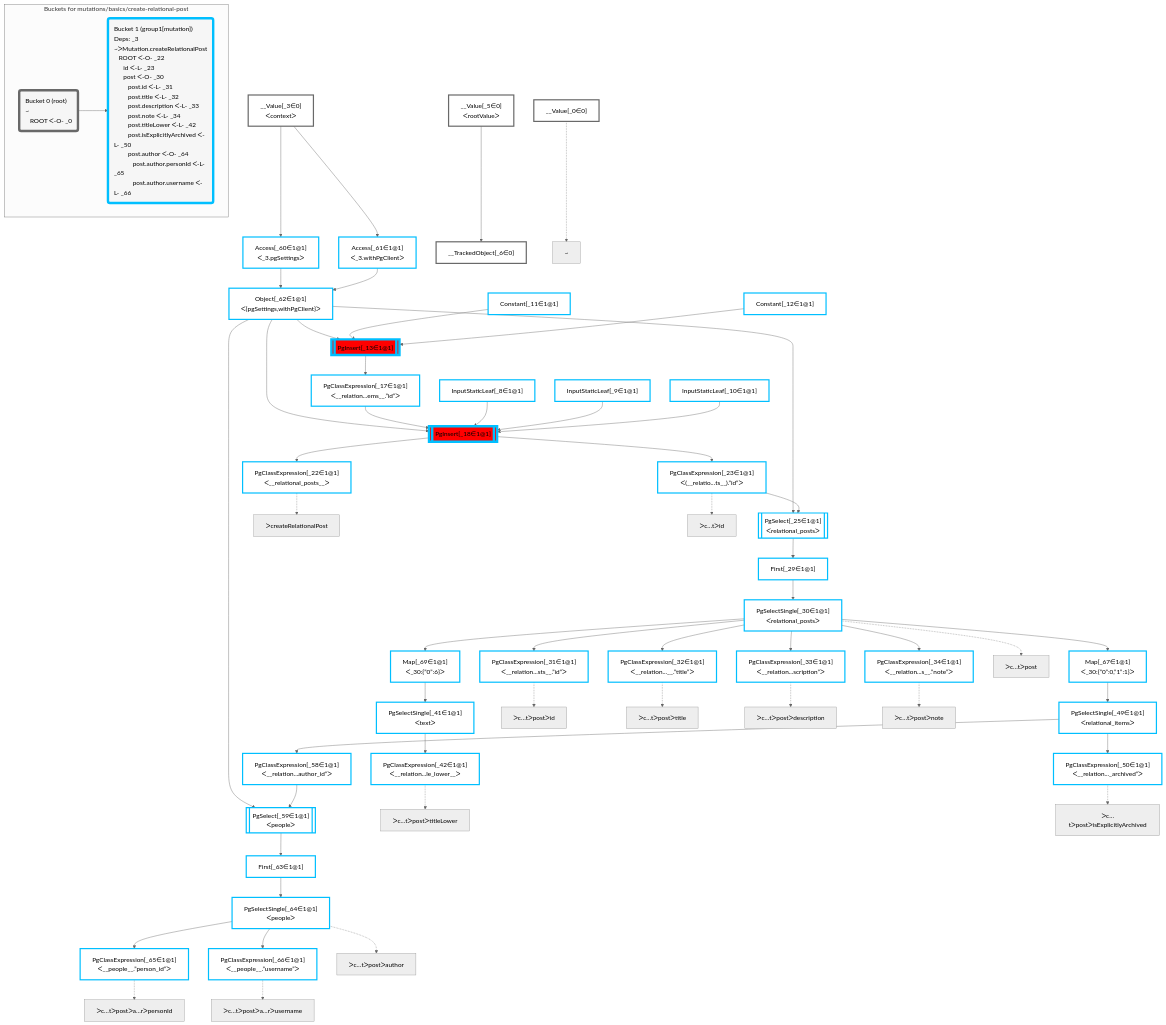
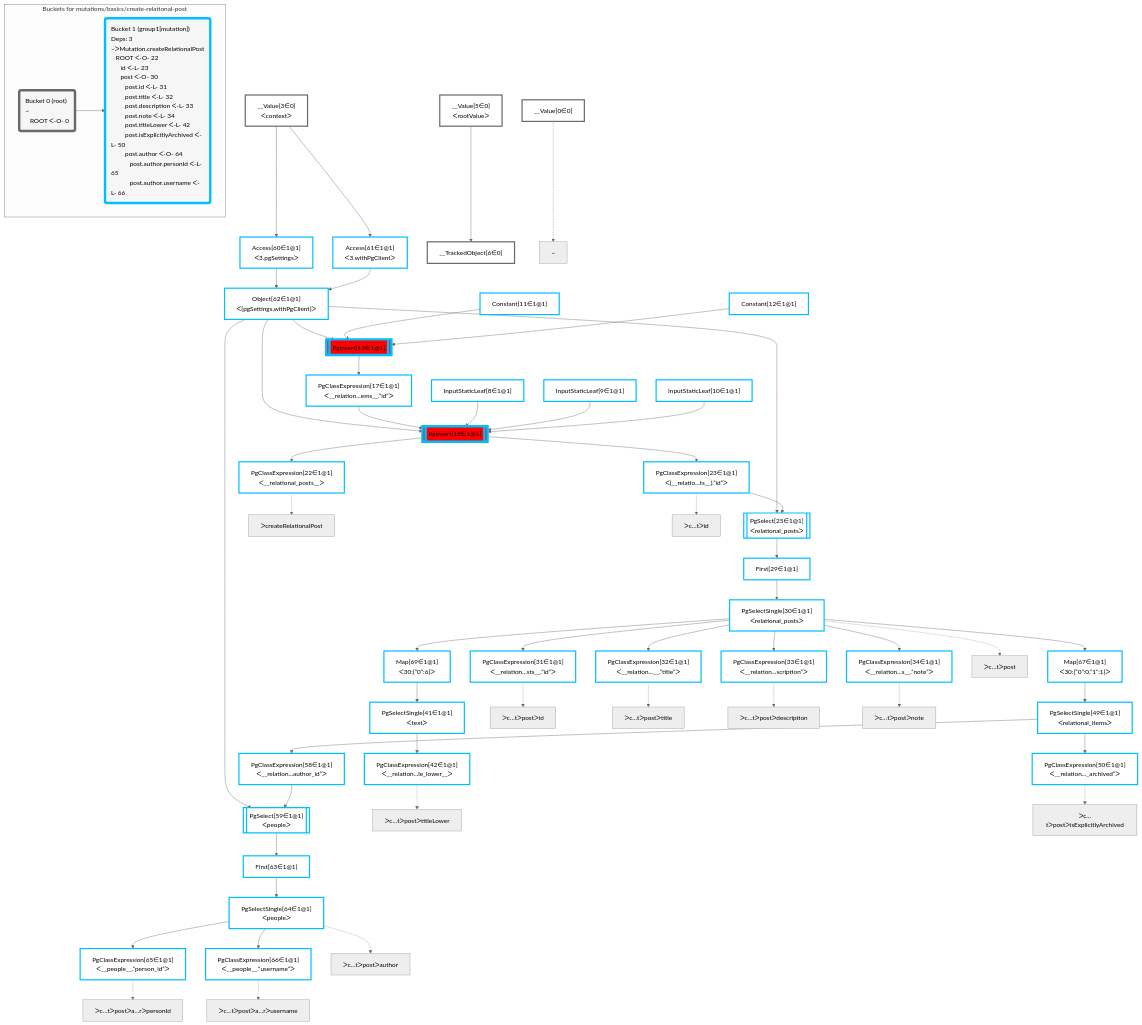
The diagram in packages/dataplan-pg/__tests__/mutations/basics/create-relational-post.deopt.mermaid.md (graphile/crystal), drawn with Mermaid (neutral theme) before and after one commit. The commit also changed 195 other files, not shown here.

````diff
--- a/packages/dataplan-pg/__tests__/mutations/basics/create-relational-post.deopt.mermaid.md
+++ b/packages/dataplan-pg/__tests__/mutations/basics/create-relational-post.deopt.mermaid.md
@@ -8,108 +8,108 @@
 
 
     %% define plans
-    __Value_0["__Value[_0∈0]"]:::plan
-    PgClassExpression_22["PgClassExpression[_22∈1@1]<br />ᐸ__relational_posts__ᐳ"]:::plan
-    PgClassExpression_31["PgClassExpression[_31∈1@1]<br />ᐸ__relation...sts__.”id”ᐳ"]:::plan
-    PgClassExpression_32["PgClassExpression[_32∈1@1]<br />ᐸ__relation...__.”title”ᐳ"]:::plan
-    PgClassExpression_33["PgClassExpression[_33∈1@1]<br />ᐸ__relation...scription”ᐳ"]:::plan
-    PgClassExpression_34["PgClassExpression[_34∈1@1]<br />ᐸ__relation...s__.”note”ᐳ"]:::plan
-    PgClassExpression_42["PgClassExpression[_42∈1@1]<br />ᐸ__relation...le_lower__ᐳ"]:::plan
-    PgSelectSingle_41["PgSelectSingle[_41∈1@1]<br />ᐸtextᐳ"]:::plan
-    Map_69["Map[_69∈1@1]<br />ᐸ_30:{”0”:6}ᐳ"]:::plan
-    PgClassExpression_50["PgClassExpression[_50∈1@1]<br />ᐸ__relation..._archived”ᐳ"]:::plan
-    PgClassExpression_65["PgClassExpression[_65∈1@1]<br />ᐸ__people__.”person_id”ᐳ"]:::plan
-    PgClassExpression_66["PgClassExpression[_66∈1@1]<br />ᐸ__people__.”username”ᐳ"]:::plan
-    PgSelectSingle_64["PgSelectSingle[_64∈1@1]<br />ᐸpeopleᐳ"]:::plan
-    First_63["First[_63∈1@1]"]:::plan
-    PgSelect_59[["PgSelect[_59∈1@1]<br />ᐸpeopleᐳ"]]:::plan
-    PgClassExpression_58["PgClassExpression[_58∈1@1]<br />ᐸ__relation...author_id”ᐳ"]:::plan
-    PgSelectSingle_49["PgSelectSingle[_49∈1@1]<br />ᐸrelational_itemsᐳ"]:::plan
-    Map_67["Map[_67∈1@1]<br />ᐸ_30:{”0”:0,”1”:1}ᐳ"]:::plan
-    PgSelectSingle_30["PgSelectSingle[_30∈1@1]<br />ᐸrelational_postsᐳ"]:::plan
-    First_29["First[_29∈1@1]"]:::plan
-    PgSelect_25[["PgSelect[_25∈1@1]<br />ᐸrelational_postsᐳ"]]:::plan
-    PgClassExpression_23["PgClassExpression[_23∈1@1]<br />ᐸ(__relatio...ts__).”id”ᐳ"]:::plan
-    PgInsert_18[["PgInsert[_18∈1@1]"]]:::sideeffectplan
-    PgClassExpression_17["PgClassExpression[_17∈1@1]<br />ᐸ__relation...ems__.”id”ᐳ"]:::plan
-    PgInsert_13[["PgInsert[_13∈1@1]"]]:::sideeffectplan
-    Object_62["Object[_62∈1@1]<br />ᐸ{pgSettings,withPgClient}ᐳ"]:::plan
-    Access_60["Access[_60∈1@1]<br />ᐸ_3.pgSettingsᐳ"]:::plan
-    Access_61["Access[_61∈1@1]<br />ᐸ_3.withPgClientᐳ"]:::plan
-    __Value_3["__Value[_3∈0]<br />ᐸcontextᐳ"]:::plan
-    __TrackedObject_6["__TrackedObject[_6∈0]"]:::plan
-    __Value_5["__Value[_5∈0]<br />ᐸrootValueᐳ"]:::plan
-    InputStaticLeaf_8["InputStaticLeaf[_8∈1@1]"]:::plan
-    InputStaticLeaf_9["InputStaticLeaf[_9∈1@1]"]:::plan
-    InputStaticLeaf_10["InputStaticLeaf[_10∈1@1]"]:::plan
-    Constant_11["Constant[_11∈1@1]"]:::plan
-    Constant_12["Constant[_12∈1@1]"]:::plan
+    __Value0["__Value[0∈0]"]:::plan
+    PgClassExpression22["PgClassExpression[22∈1@1]<br />ᐸ__relational_posts__ᐳ"]:::plan
+    PgClassExpression31["PgClassExpression[31∈1@1]<br />ᐸ__relation...sts__.”id”ᐳ"]:::plan
+    PgClassExpression32["PgClassExpression[32∈1@1]<br />ᐸ__relation...__.”title”ᐳ"]:::plan
+    PgClassExpression33["PgClassExpression[33∈1@1]<br />ᐸ__relation...scription”ᐳ"]:::plan
+    PgClassExpression34["PgClassExpression[34∈1@1]<br />ᐸ__relation...s__.”note”ᐳ"]:::plan
+    PgClassExpression42["PgClassExpression[42∈1@1]<br />ᐸ__relation...le_lower__ᐳ"]:::plan
+    PgSelectSingle41["PgSelectSingle[41∈1@1]<br />ᐸtextᐳ"]:::plan
+    Map69["Map[69∈1@1]<br />ᐸ30:{”0”:6}ᐳ"]:::plan
+    PgClassExpression50["PgClassExpression[50∈1@1]<br />ᐸ__relation..._archived”ᐳ"]:::plan
+    PgClassExpression65["PgClassExpression[65∈1@1]<br />ᐸ__people__.”person_id”ᐳ"]:::plan
+    PgClassExpression66["PgClassExpression[66∈1@1]<br />ᐸ__people__.”username”ᐳ"]:::plan
+    PgSelectSingle64["PgSelectSingle[64∈1@1]<br />ᐸpeopleᐳ"]:::plan
+    First63["First[63∈1@1]"]:::plan
+    PgSelect59[["PgSelect[59∈1@1]<br />ᐸpeopleᐳ"]]:::plan
+    PgClassExpression58["PgClassExpression[58∈1@1]<br />ᐸ__relation...author_id”ᐳ"]:::plan
+    PgSelectSingle49["PgSelectSingle[49∈1@1]<br />ᐸrelational_itemsᐳ"]:::plan
+    Map67["Map[67∈1@1]<br />ᐸ30:{”0”:0,”1”:1}ᐳ"]:::plan
+    PgSelectSingle30["PgSelectSingle[30∈1@1]<br />ᐸrelational_postsᐳ"]:::plan
+    First29["First[29∈1@1]"]:::plan
+    PgSelect25[["PgSelect[25∈1@1]<br />ᐸrelational_postsᐳ"]]:::plan
+    PgClassExpression23["PgClassExpression[23∈1@1]<br />ᐸ(__relatio...ts__).”id”ᐳ"]:::plan
+    PgInsert18[["PgInsert[18∈1@1]"]]:::sideeffectplan
+    PgClassExpression17["PgClassExpression[17∈1@1]<br />ᐸ__relation...ems__.”id”ᐳ"]:::plan
+    PgInsert13[["PgInsert[13∈1@1]"]]:::sideeffectplan
+    Object62["Object[62∈1@1]<br />ᐸ{pgSettings,withPgClient}ᐳ"]:::plan
+    Access60["Access[60∈1@1]<br />ᐸ3.pgSettingsᐳ"]:::plan
+    Access61["Access[61∈1@1]<br />ᐸ3.withPgClientᐳ"]:::plan
+    __Value3["__Value[3∈0]<br />ᐸcontextᐳ"]:::plan
+    __TrackedObject6["__TrackedObject[6∈0]"]:::plan
+    __Value5["__Value[5∈0]<br />ᐸrootValueᐳ"]:::plan
+    InputStaticLeaf8["InputStaticLeaf[8∈1@1]"]:::plan
+    InputStaticLeaf9["InputStaticLeaf[9∈1@1]"]:::plan
+    InputStaticLeaf10["InputStaticLeaf[10∈1@1]"]:::plan
+    Constant11["Constant[11∈1@1]"]:::plan
+    Constant12["Constant[12∈1@1]"]:::plan
 
     %% plan dependencies
-    PgInsert_18 --> PgClassExpression_22
-    PgSelectSingle_30 --> PgClassExpression_31
-    PgSelectSingle_30 --> PgClassExpression_32
-    PgSelectSingle_30 --> PgClassExpression_33
-    PgSelectSingle_30 --> PgClassExpression_34
-    PgSelectSingle_41 --> PgClassExpression_42
-    Map_69 --> PgSelectSingle_41
-    PgSelectSingle_30 --> Map_69
-    PgSelectSingle_49 --> PgClassExpression_50
-    PgSelectSingle_64 --> PgClassExpression_65
-    PgSelectSingle_64 --> PgClassExpression_66
-    First_63 --> PgSelectSingle_64
-    PgSelect_59 --> First_63
-    Object_62 & PgClassExpression_58 --> PgSelect_59
-    PgSelectSingle_49 --> PgClassExpression_58
-    Map_67 --> PgSelectSingle_49
-    PgSelectSingle_30 --> Map_67
-    First_29 --> PgSelectSingle_30
-    PgSelect_25 --> First_29
-    Object_62 & PgClassExpression_23 --> PgSelect_25
-    PgInsert_18 --> PgClassExpression_23
-    Object_62 & PgClassExpression_17 & InputStaticLeaf_8 & InputStaticLeaf_9 & InputStaticLeaf_10 --> PgInsert_18
-    PgInsert_13 --> PgClassExpression_17
-    Object_62 & Constant_11 & Constant_12 --> PgInsert_13
-    Access_60 & Access_61 --> Object_62
-    __Value_3 --> Access_60
-    __Value_3 --> Access_61
-    __Value_5 --> __TrackedObject_6
+    PgInsert18 --> PgClassExpression22
+    PgSelectSingle30 --> PgClassExpression31
+    PgSelectSingle30 --> PgClassExpression32
+    PgSelectSingle30 --> PgClassExpression33
+    PgSelectSingle30 --> PgClassExpression34
+    PgSelectSingle41 --> PgClassExpression42
+    Map69 --> PgSelectSingle41
+    PgSelectSingle30 --> Map69
+    PgSelectSingle49 --> PgClassExpression50
+    PgSelectSingle64 --> PgClassExpression65
+    PgSelectSingle64 --> PgClassExpression66
+    First63 --> PgSelectSingle64
+    PgSelect59 --> First63
+    Object62 & PgClassExpression58 --> PgSelect59
+    PgSelectSingle49 --> PgClassExpression58
+    Map67 --> PgSelectSingle49
+    PgSelectSingle30 --> Map67
+    First29 --> PgSelectSingle30
+    PgSelect25 --> First29
+    Object62 & PgClassExpression23 --> PgSelect25
+    PgInsert18 --> PgClassExpression23
+    Object62 & PgClassExpression17 & InputStaticLeaf8 & InputStaticLeaf9 & InputStaticLeaf10 --> PgInsert18
+    PgInsert13 --> PgClassExpression17
+    Object62 & Constant11 & Constant12 --> PgInsert13
+    Access60 & Access61 --> Object62
+    __Value3 --> Access60
+    __Value3 --> Access61
+    __Value5 --> __TrackedObject6
 
     %% plan-to-path relationships
-    P_0["~"]
-    __Value_0 -.-> P_0
-    P_22["ᐳcreateRelationalPost"]
-    PgClassExpression_22 -.-> P_22
-    P_23["ᐳc…tᐳid"]
-    PgClassExpression_23 -.-> P_23
-    P_30["ᐳc…tᐳpost"]
-    PgSelectSingle_30 -.-> P_30
-    P_31["ᐳc…tᐳpostᐳid"]
-    PgClassExpression_31 -.-> P_31
-    P_32["ᐳc…tᐳpostᐳtitle"]
-    PgClassExpression_32 -.-> P_32
-    P_33["ᐳc…tᐳpostᐳdescription"]
-    PgClassExpression_33 -.-> P_33
-    P_34["ᐳc…tᐳpostᐳnote"]
-    PgClassExpression_34 -.-> P_34
-    P_42["ᐳc…tᐳpostᐳtitleLower"]
-    PgClassExpression_42 -.-> P_42
-    P_50["ᐳc…tᐳpostᐳisExplicitlyArchived"]
-    PgClassExpression_50 -.-> P_50
-    P_64["ᐳc…tᐳpostᐳauthor"]
-    PgSelectSingle_64 -.-> P_64
-    P_65["ᐳc…tᐳpostᐳa…rᐳpersonId"]
-    PgClassExpression_65 -.-> P_65
-    P_66["ᐳc…tᐳpostᐳa…rᐳusername"]
-    PgClassExpression_66 -.-> P_66
+    P0["~"]
+    __Value0 -.-> P0
+    P22["ᐳcreateRelationalPost"]
+    PgClassExpression22 -.-> P22
+    P23["ᐳc…tᐳid"]
+    PgClassExpression23 -.-> P23
+    P30["ᐳc…tᐳpost"]
+    PgSelectSingle30 -.-> P30
+    P31["ᐳc…tᐳpostᐳid"]
+    PgClassExpression31 -.-> P31
+    P32["ᐳc…tᐳpostᐳtitle"]
+    PgClassExpression32 -.-> P32
+    P33["ᐳc…tᐳpostᐳdescription"]
+    PgClassExpression33 -.-> P33
+    P34["ᐳc…tᐳpostᐳnote"]
+    PgClassExpression34 -.-> P34
+    P42["ᐳc…tᐳpostᐳtitleLower"]
+    PgClassExpression42 -.-> P42
+    P50["ᐳc…tᐳpostᐳisExplicitlyArchived"]
+    PgClassExpression50 -.-> P50
+    P64["ᐳc…tᐳpostᐳauthor"]
+    PgSelectSingle64 -.-> P64
+    P65["ᐳc…tᐳpostᐳa…rᐳpersonId"]
+    PgClassExpression65 -.-> P65
+    P66["ᐳc…tᐳpostᐳa…rᐳusername"]
+    PgClassExpression66 -.-> P66
 
     subgraph "Buckets for mutations/basics/create-relational-post"
-    Bucket0("Bucket 0 (root)<br />~<br />⠀ROOT ᐸ-O- _0"):::bucket
+    Bucket0("Bucket 0 (root)<br />~<br />⠀ROOT ᐸ-O- 0"):::bucket
     classDef bucket0 stroke:#696969
-    class Bucket0,__Value_0,__Value_3,__Value_5,__TrackedObject_6 bucket0
-    Bucket1("Bucket 1 (group1[mutation])<br />Deps: _3<br />~ᐳMutation.createRelationalPost<br />⠀ROOT ᐸ-O- _22<br />⠀⠀id ᐸ-L- _23<br />⠀⠀post ᐸ-O- _30<br />⠀⠀⠀post.id ᐸ-L- _31<br />⠀⠀⠀post.title ᐸ-L- _32<br />⠀⠀⠀post.description ᐸ-L- _33<br />⠀⠀⠀post.note ᐸ-L- _34<br />⠀⠀⠀post.titleLower ᐸ-L- _42<br />⠀⠀⠀post.isExplicitlyArchived ᐸ-L- _50<br />⠀⠀⠀post.author ᐸ-O- _64<br />⠀⠀⠀⠀post.author.personId ᐸ-L- _65<br />⠀⠀⠀⠀post.author.username ᐸ-L- _66"):::bucket
+    class Bucket0,__Value0,__Value3,__Value5,__TrackedObject6 bucket0
+    Bucket1("Bucket 1 (group1[mutation])<br />Deps: 3<br />~ᐳMutation.createRelationalPost<br />⠀ROOT ᐸ-O- 22<br />⠀⠀id ᐸ-L- 23<br />⠀⠀post ᐸ-O- 30<br />⠀⠀⠀post.id ᐸ-L- 31<br />⠀⠀⠀post.title ᐸ-L- 32<br />⠀⠀⠀post.description ᐸ-L- 33<br />⠀⠀⠀post.note ᐸ-L- 34<br />⠀⠀⠀post.titleLower ᐸ-L- 42<br />⠀⠀⠀post.isExplicitlyArchived ᐸ-L- 50<br />⠀⠀⠀post.author ᐸ-O- 64<br />⠀⠀⠀⠀post.author.personId ᐸ-L- 65<br />⠀⠀⠀⠀post.author.username ᐸ-L- 66"):::bucket
     classDef bucket1 stroke:#00bfff
-    class Bucket1,InputStaticLeaf_8,InputStaticLeaf_9,InputStaticLeaf_10,Constant_11,Constant_12,PgInsert_13,PgClassExpression_17,PgInsert_18,PgClassExpression_22,PgClassExpression_23,PgSelect_25,First_29,PgSelectSingle_30,PgClassExpression_31,PgClassExpression_32,PgClassExpression_33,PgClassExpression_34,PgSelectSingle_41,PgClassExpression_42,PgSelectSingle_49,PgClassExpression_50,PgClassExpression_58,PgSelect_59,Access_60,Access_61,Object_62,First_63,PgSelectSingle_64,PgClassExpression_65,PgClassExpression_66,Map_67,Map_69 bucket1
+    class Bucket1,InputStaticLeaf8,InputStaticLeaf9,InputStaticLeaf10,Constant11,Constant12,PgInsert13,PgClassExpression17,PgInsert18,PgClassExpression22,PgClassExpression23,PgSelect25,First29,PgSelectSingle30,PgClassExpression31,PgClassExpression32,PgClassExpression33,PgClassExpression34,PgSelectSingle41,PgClassExpression42,PgSelectSingle49,PgClassExpression50,PgClassExpression58,PgSelect59,Access60,Access61,Object62,First63,PgSelectSingle64,PgClassExpression65,PgClassExpression66,Map67,Map69 bucket1
     Bucket0 --> Bucket1
     end
 ```
````
